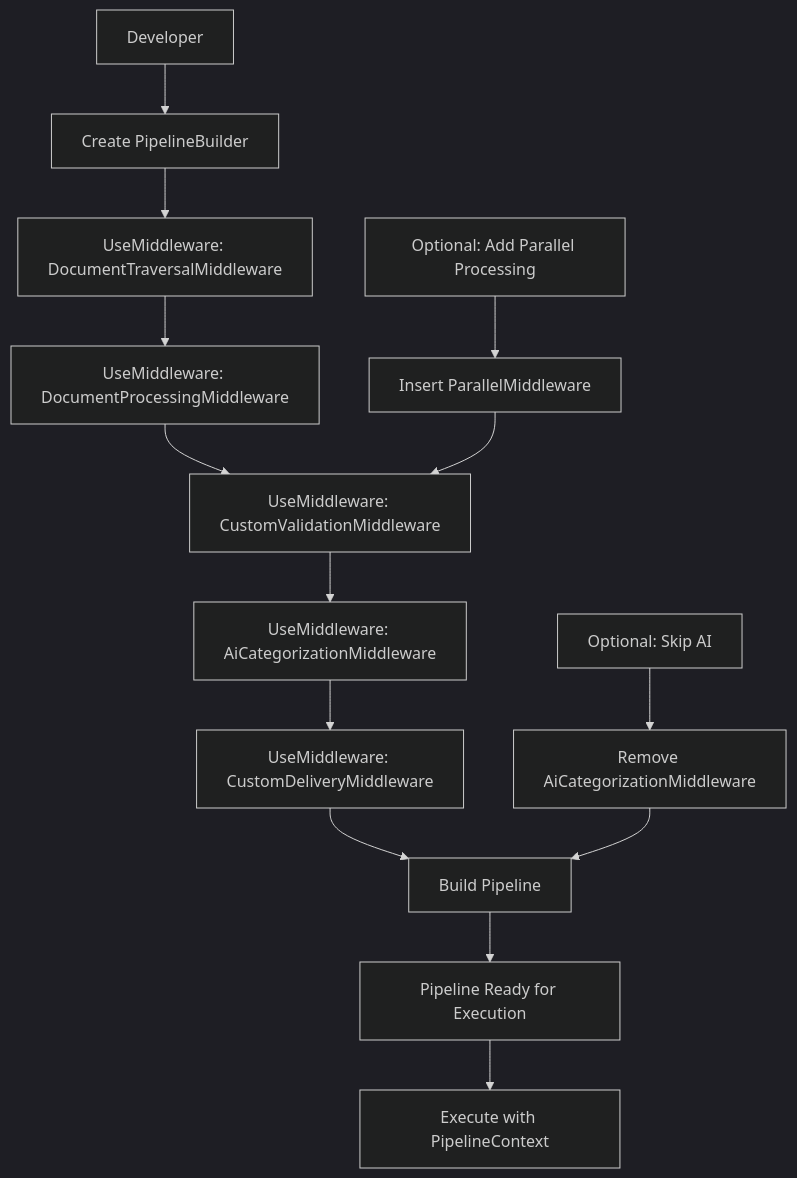
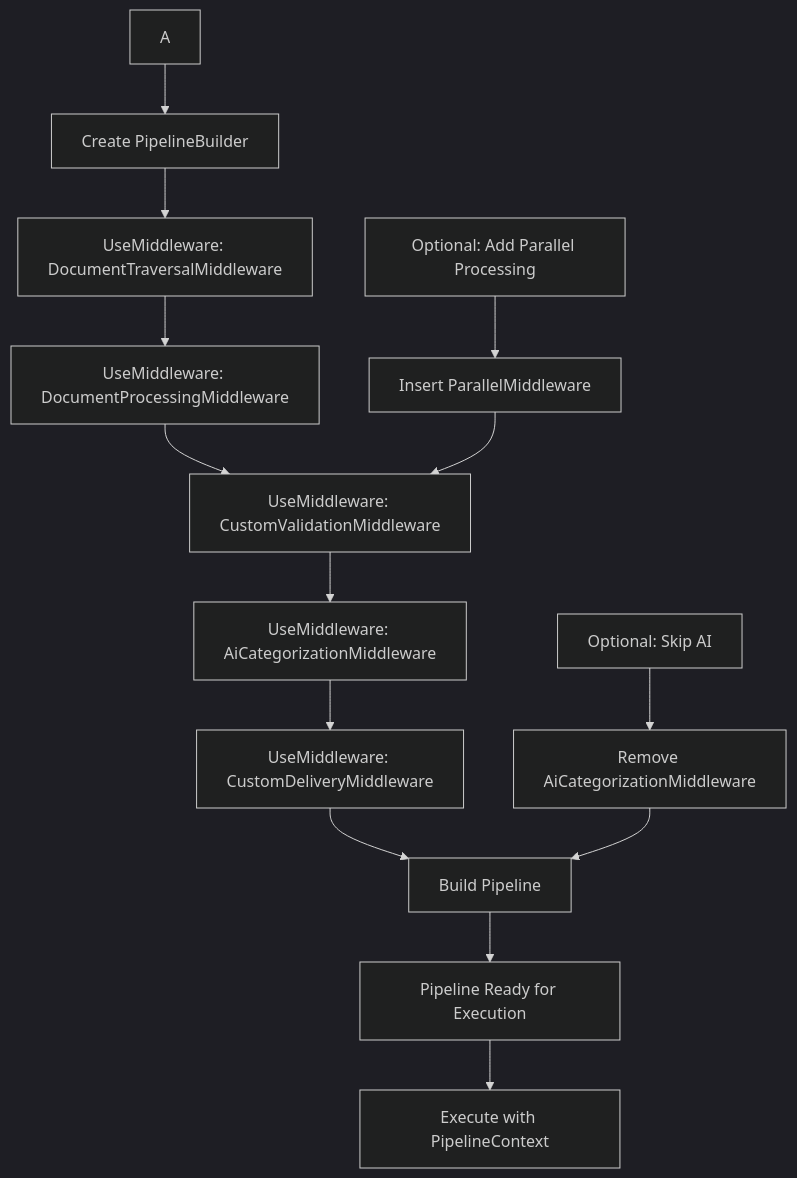
One commit to durmisi/DocIngest changed the diagram in README.md. Above: the diagram before and after it, drawn with Mermaid (dark theme). The commit also changed other lines of this file, not shown here.

Commit message:
Update README to clarify custom pipeline creation instructions

````diff
--- a/README.md
+++ b/README.md
@@ -53,18 +53,18 @@
 ```mermaid
 graph TD
-    A[Developer] --> B[Create PipelineBuilder]
+    A --> B[Create PipelineBuilder]
     B --> C[UseMiddleware: DocumentTraversalMiddleware]
     C --> D[UseMiddleware: DocumentProcessingMiddleware]
     D --> E[UseMiddleware: CustomValidationMiddleware]
     E --> F[UseMiddleware: AiCategorizationMiddleware]
     F --> G[UseMiddleware: CustomDeliveryMiddleware]
     G --> H[Build Pipeline]
     H --> I[Pipeline Ready for Execution]
     I --> J[Execute with PipelineContext]
 
     K[Optional: Skip AI] --> L[Remove AiCategorizationMiddleware]
     L --> H
 
     M[Optional: Add Parallel Processing] --> N[Insert ParallelMiddleware]
     N --> E
 ```
````
